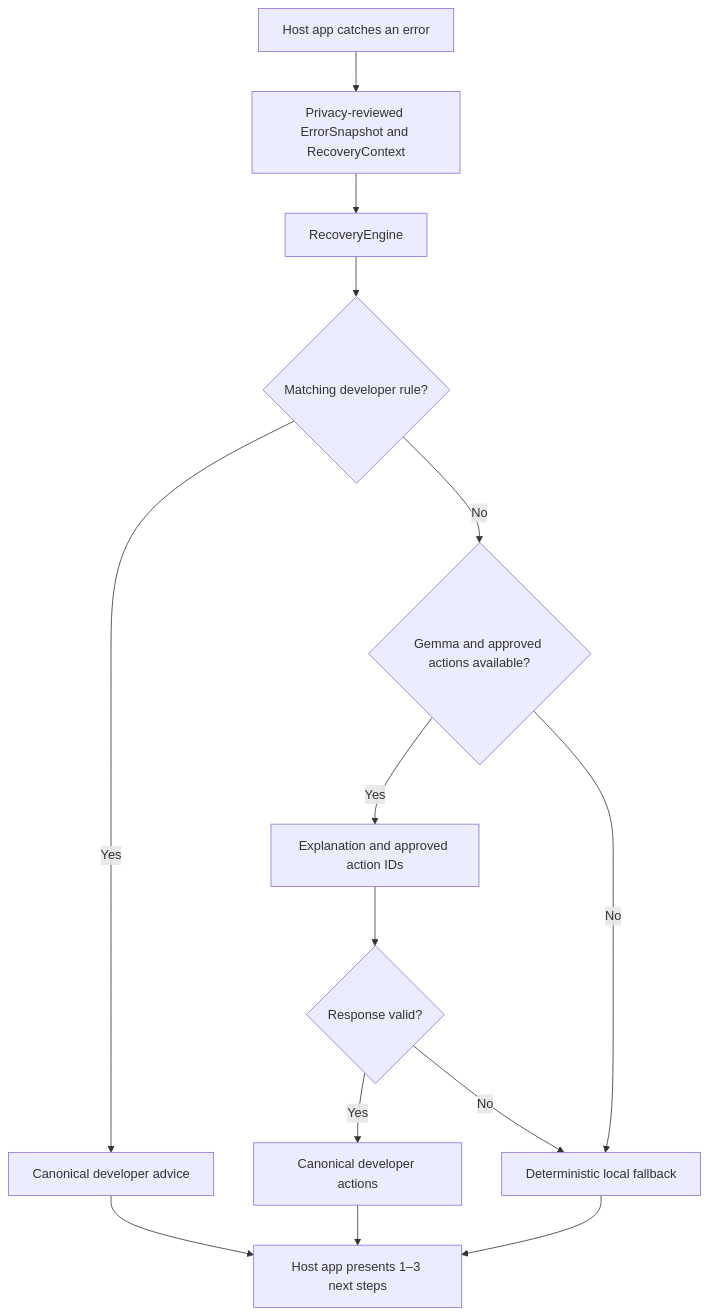
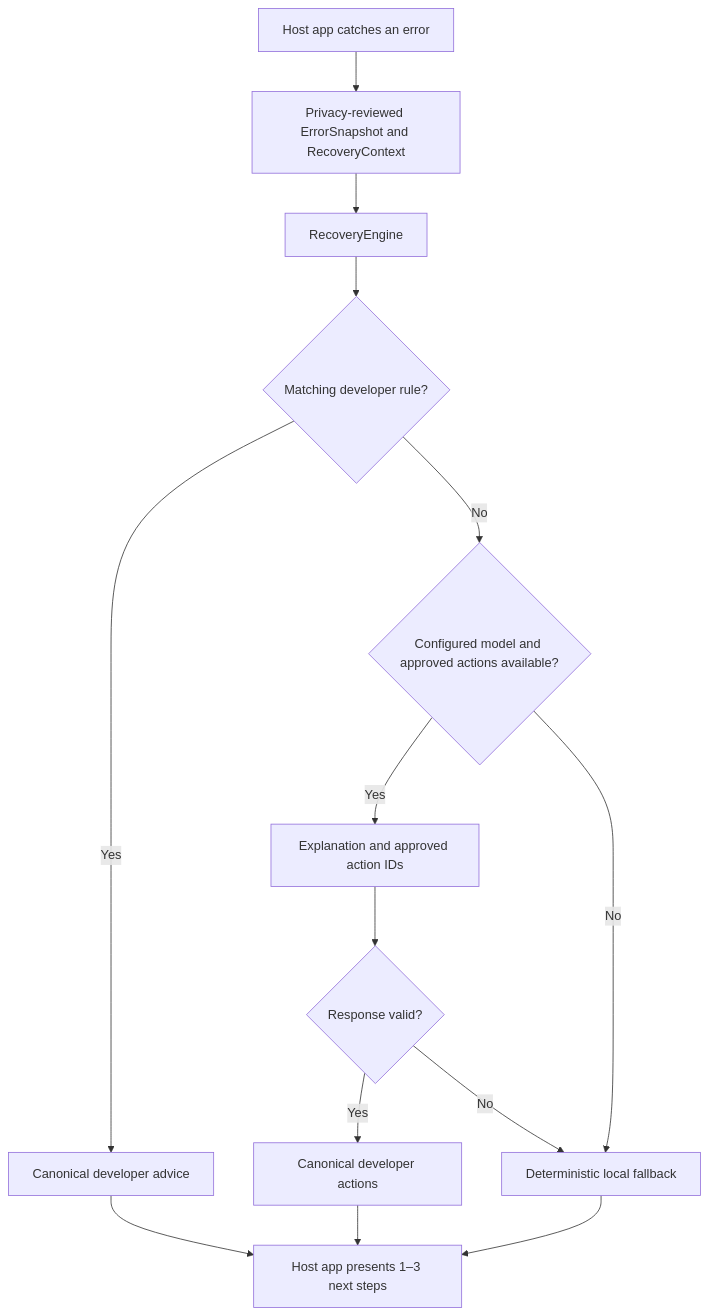
The diagram in README.md (lolkthxbai/ExplainKit), drawn with Mermaid before and after one commit. The commit also changed other lines of this file and 5 other files, not shown here.

````diff
--- a/README.md
+++ b/README.md
@@ -38,16 +38,16 @@
 ```mermaid
 flowchart TD
     A[Host app catches an error] --> B[Privacy-reviewed ErrorSnapshot and RecoveryContext]
     B --> C[RecoveryEngine]
     C --> D{Matching developer rule?}
     D -->|Yes| E[Canonical developer advice]
-    D -->|No| F{Gemma and approved actions available?}
+    D -->|No| F{Configured model and approved actions available?}
     F -->|Yes| G[Explanation and approved action IDs]
     G --> H{Response valid?}
     H -->|Yes| I[Canonical developer actions]
     H -->|No| J[Deterministic local fallback]
     F -->|No| J
     E --> K[Host app presents 1–3 next steps]
     I --> K
     J --> K
 ```
````
